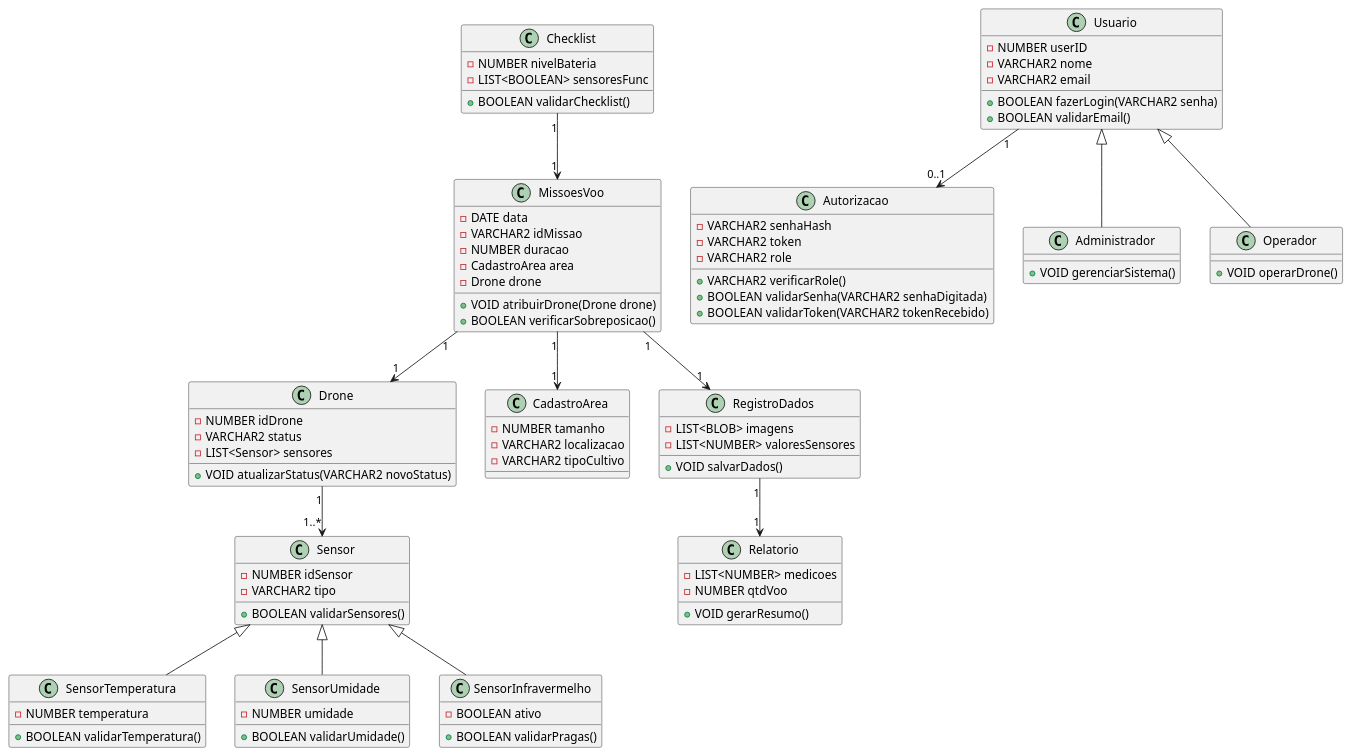
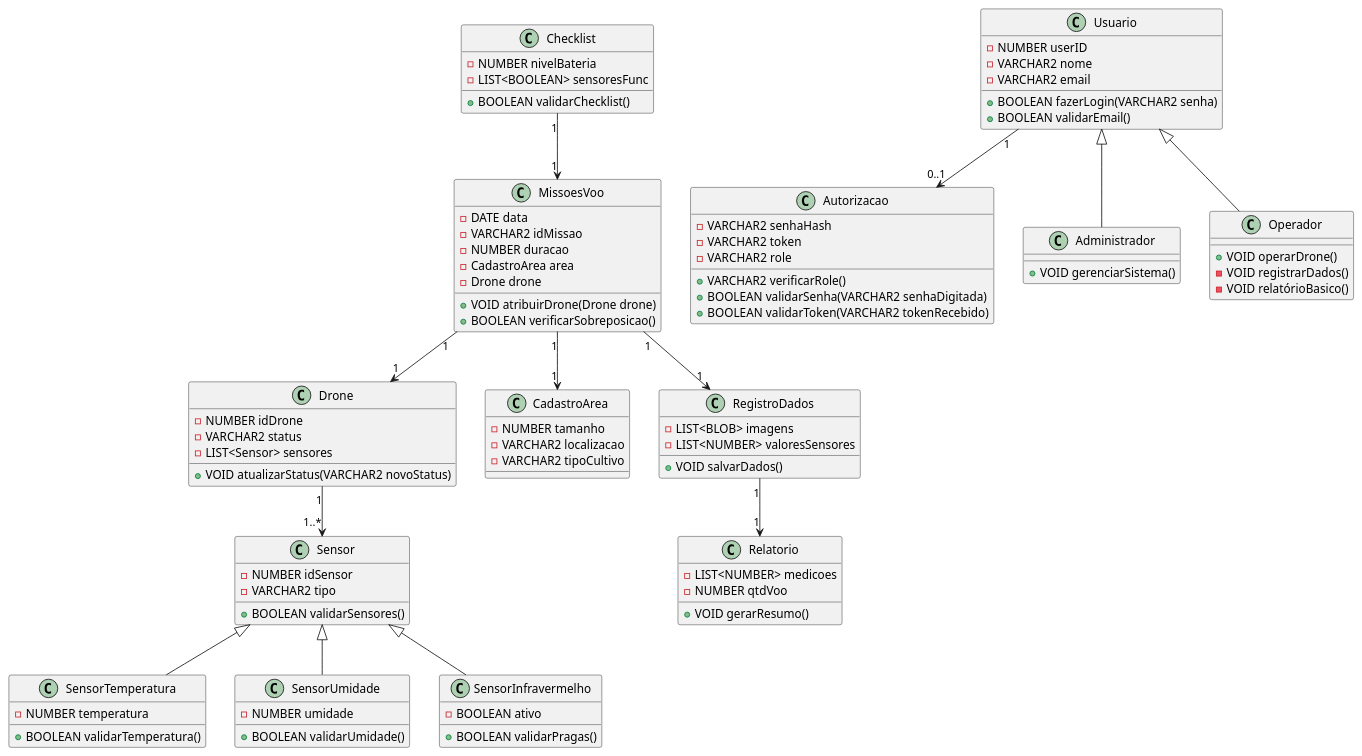
Before and after one commit to JoaoVitorMintz/Trabalho-de-Projeto-de-Software: the diagram in docs/ClassDiagram.puml, drawn with PlantUML. The commit also changed 2 other files, not shown here.

Commit message:
Update no código um pouco e update no diagrama de classe

```diff
--- a/docs/ClassDiagram.puml
+++ b/docs/ClassDiagram.puml
@@ -1,114 +1,116 @@
 @startuml ClassDiagram
 ' =============================
 ' Classes de Sensores
 ' =============================
 class Sensor {
   - NUMBER idSensor
   - VARCHAR2 tipo
   + BOOLEAN validarSensores()
 }
 
 class SensorTemperatura {
   - NUMBER temperatura
   + BOOLEAN validarTemperatura()
 }
 
 class SensorUmidade {
   - NUMBER umidade
   + BOOLEAN validarUmidade()
 }
 
 class SensorInfravermelho {
   - BOOLEAN ativo
   + BOOLEAN validarPragas()
 }
 
 Sensor <|-- SensorTemperatura
 Sensor <|-- SensorUmidade
 Sensor <|-- SensorInfravermelho
 
 ' =============================
 ' Classes de Drones e Missões
 ' =============================
 class Drone {
   - NUMBER idDrone
   - VARCHAR2 status
   - LIST<Sensor> sensores
   + VOID atualizarStatus(VARCHAR2 novoStatus)
 }
 
 class MissoesVoo {
   - DATE data
   - VARCHAR2 idMissao
   - NUMBER duracao
   - CadastroArea area
   - Drone drone
   + VOID atribuirDrone(Drone drone)
   + BOOLEAN verificarSobreposicao()
 }
 
 class CadastroArea {
   - NUMBER tamanho
   - VARCHAR2 localizacao
   - VARCHAR2 tipoCultivo
 }
 
 class RegistroDados {
   - LIST<BLOB> imagens
   - LIST<NUMBER> valoresSensores
   + VOID salvarDados()
 }
 
 class Relatorio {
   - LIST<NUMBER> medicoes
   - NUMBER qtdVoo
   + VOID gerarResumo()
 }
 
 Drone "1" --> "1..*" Sensor
 MissoesVoo "1" --> "1" Drone
 MissoesVoo "1" --> "1" CadastroArea
 MissoesVoo "1" --> "1" RegistroDados
 RegistroDados "1" --> "1" Relatorio
 
 ' =============================
 ' Outras Classes
 ' =============================
 class Autorizacao {
   - VARCHAR2 senhaHash
   - VARCHAR2 token
   - VARCHAR2 role
   + VARCHAR2 verificarRole()
   + BOOLEAN validarSenha(VARCHAR2 senhaDigitada)
   + BOOLEAN validarToken(VARCHAR2 tokenRecebido)
 }
 
 class Checklist {
   - NUMBER nivelBateria
   - LIST<BOOLEAN> sensoresFunc
   + BOOLEAN validarChecklist()
 }
 
 Checklist "1" --> "1" MissoesVoo
 
 class Usuario {
   - NUMBER userID
   - VARCHAR2 nome
   - VARCHAR2 email
   + BOOLEAN fazerLogin(VARCHAR2 senha)
   + BOOLEAN validarEmail()
 }
 
 class Administrador {
   + VOID gerenciarSistema()
 }
 
 class Operador {
   + VOID operarDrone()
+  - VOID registrarDados()
+  - VOID relatórioBasico()
 }
 
 Usuario <|-- Administrador
 Usuario <|-- Operador
 Usuario "1" --> "0..1" Autorizacao
 
 @enduml
```
